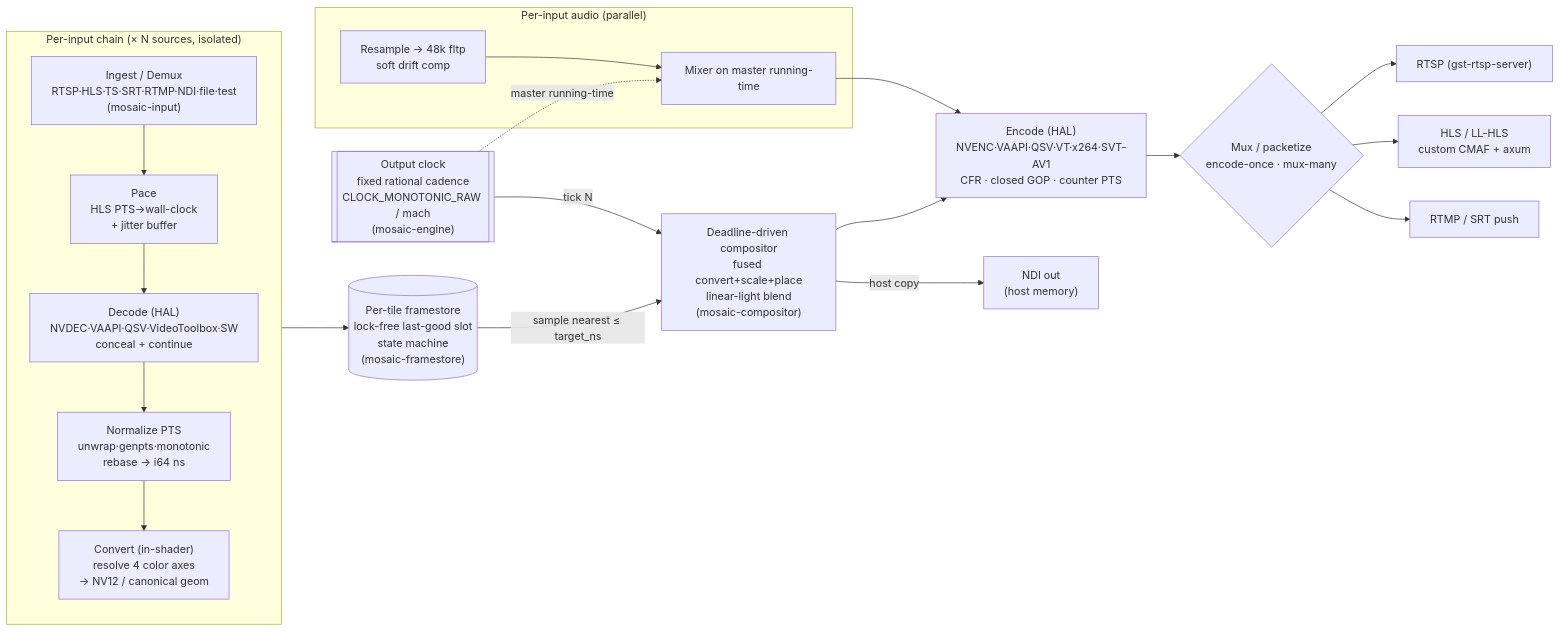
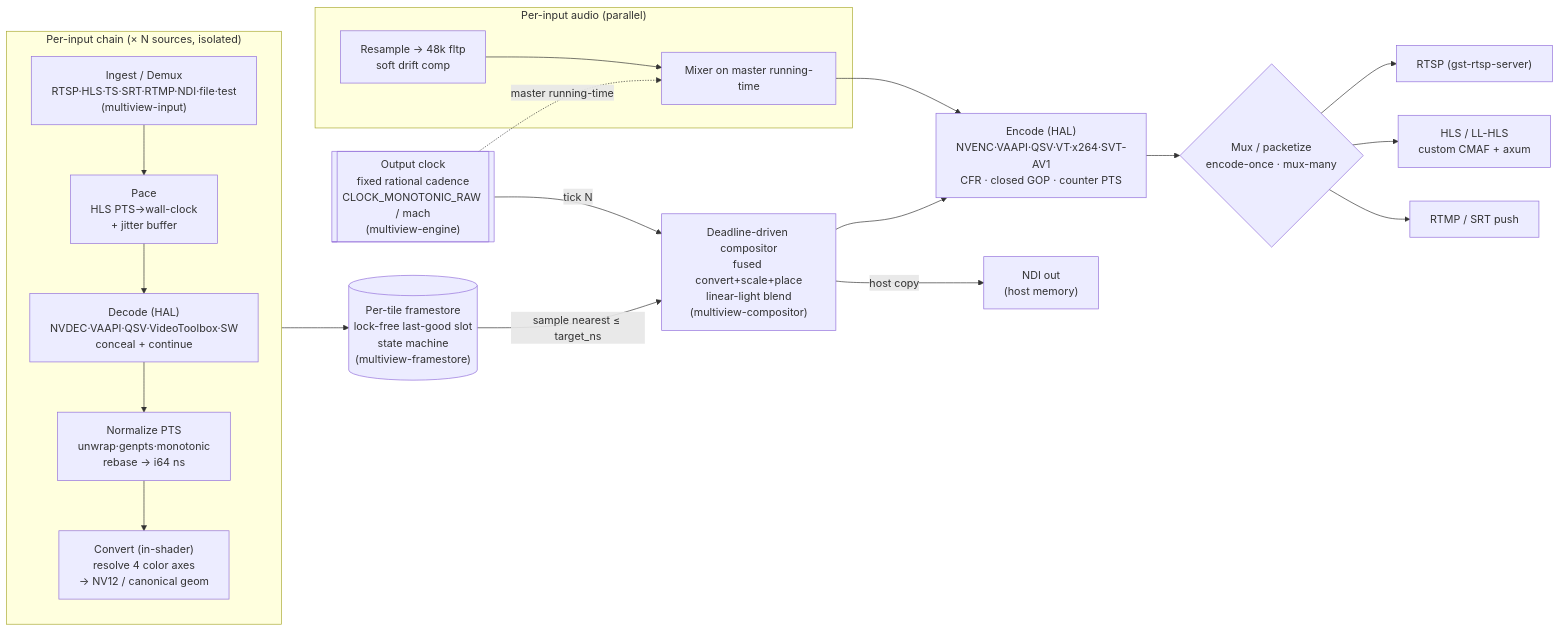
The diagram in docs/architecture/pipeline.md (aperim/multiview), drawn with Mermaid before and after one commit. The commit also changed other lines of this file and 1009 other files, not shown here.

First line of the commit message:
refactor: rename project mosaic → multiview

````diff
--- a/docs/architecture/pipeline.md
+++ b/docs/architecture/pipeline.md
@@ -42,31 +42,31 @@
 ```mermaid
 flowchart LR
   subgraph IN["Per-input chain  (× N sources, isolated)"]
     direction TB
-    DEMUX["Ingest / Demux<br/>RTSP·HLS·TS·SRT·RTMP·NDI·file·test<br/>(mosaic-input)"]
+    DEMUX["Ingest / Demux<br/>RTSP·HLS·TS·SRT·RTMP·NDI·file·test<br/>(multiview-input)"]
     PACE["Pace<br/>HLS PTS→wall-clock<br/>+ jitter buffer"]
     DEC["Decode (HAL)<br/>NVDEC·VAAPI·QSV·VideoToolbox·SW<br/>conceal + continue"]
     NORM["Normalize PTS<br/>unwrap·genpts·monotonic<br/>rebase → i64 ns"]
     CONV["Convert (in-shader)<br/>resolve 4 color axes<br/>→ NV12 / canonical geom"]
     DEMUX --> PACE --> DEC --> NORM --> CONV
   end
 
-  CONV --> FS[("Per-tile framestore<br/>lock-free last-good slot<br/>state machine<br/>(mosaic-framestore)")]
+  CONV --> FS[("Per-tile framestore<br/>lock-free last-good slot<br/>state machine<br/>(multiview-framestore)")]
 
-  CLK[["Output clock<br/>fixed rational cadence<br/>CLOCK_MONOTONIC_RAW / mach<br/>(mosaic-engine)"]]
+  CLK[["Output clock<br/>fixed rational cadence<br/>CLOCK_MONOTONIC_RAW / mach<br/>(multiview-engine)"]]
   CLK -->|tick N| COMP
-  FS -->|sample nearest ≤ target_ns| COMP["Deadline-driven compositor<br/>fused convert+scale+place<br/>linear-light blend<br/>(mosaic-compositor)"]
+  FS -->|sample nearest ≤ target_ns| COMP["Deadline-driven compositor<br/>fused convert+scale+place<br/>linear-light blend<br/>(multiview-compositor)"]
 
   COMP --> ENC["Encode (HAL)<br/>NVENC·VAAPI·QSV·VT·x264·SVT-AV1<br/>CFR · closed GOP · counter PTS"]
   COMP -->|host copy| NDIOUT["NDI out<br/>(host memory)"]
   ENC --> MUX{"Mux / packetize<br/>encode-once · mux-many"}
   MUX --> RTSP["RTSP (gst-rtsp-server)"]
   MUX --> HLS["HLS / LL-HLS<br/>custom CMAF + axum"]
   MUX --> PUSH["RTMP / SRT push"]
 
   subgraph AU["Per-input audio (parallel)"]
     ARS["Resample → 48k fltp<br/>soft drift comp"] --> MIX["Mixer on master running-time"]
   end
   CLK -.master running-time.-> MIX
   MIX --> ENC
 ```
````
